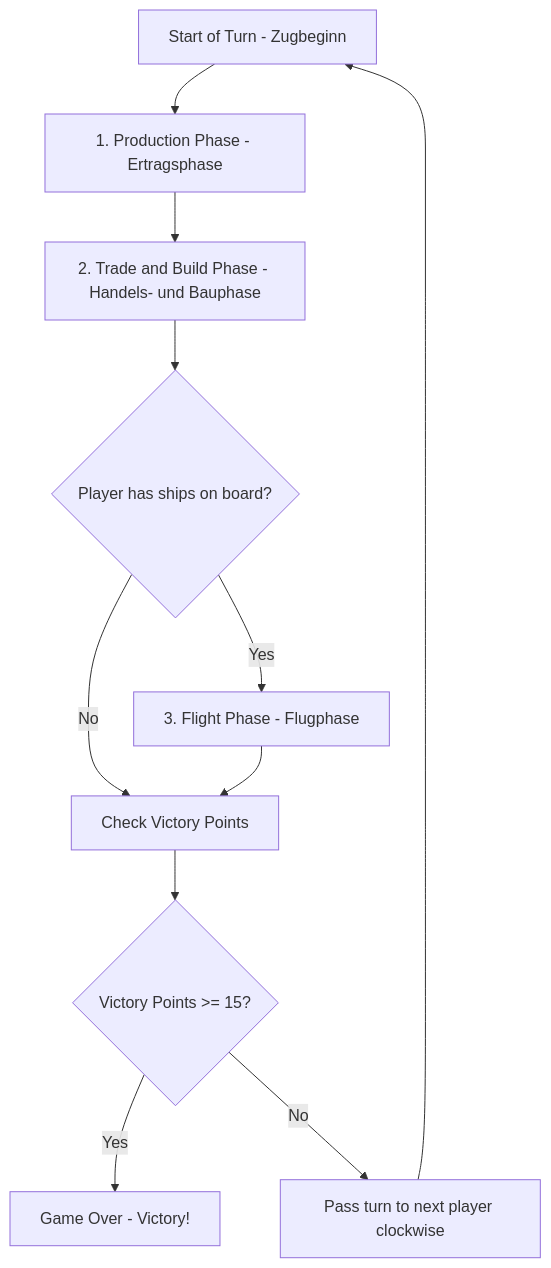
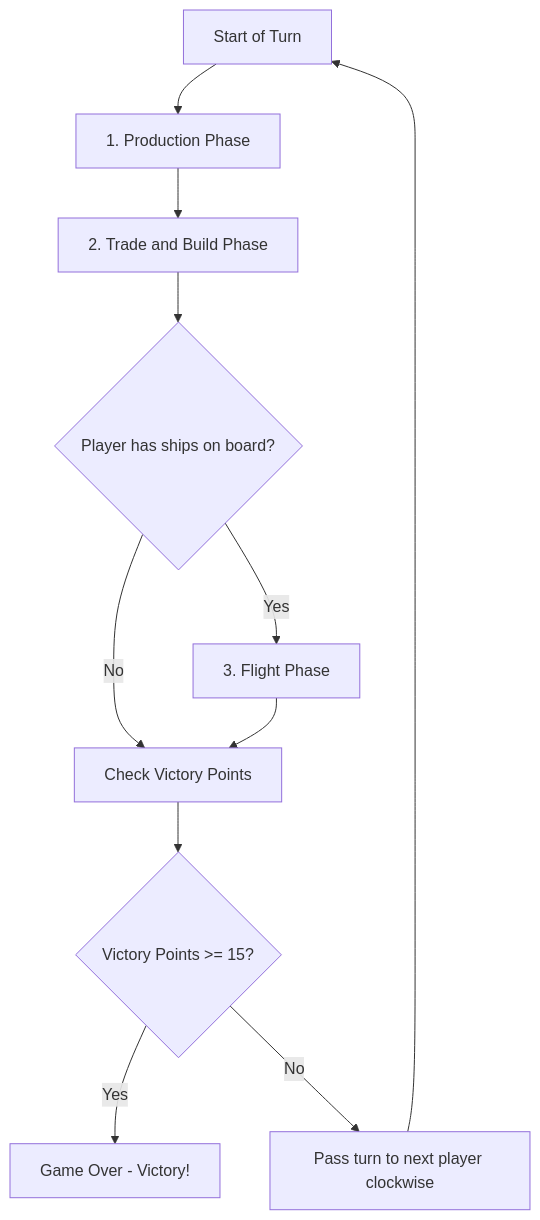
Before and after one commit to Zork80/DeepSpacePioneers: the first of 7 diagrams in README.md, drawn with Mermaid. The commit also changed other lines of this file, not shown here.

````diff
--- a/README.md
+++ b/README.md
@@ -247,13 +247,13 @@
 ```mermaid
 flowchart TD
-    Start["Start of Turn - Zugbeginn"] --> Phase1["1. Production Phase - Ertragsphase"]
-    Phase1 --> Phase2["2. Trade and Build Phase - Handels- und Bauphase"]
+    Start["Start of Turn"] --> Phase1["1. Production Phase"]
+    Phase1 --> Phase2["2. Trade and Build Phase"]
     Phase2 --> HasShips{"Player has ships on board?"}
-    HasShips -->|Yes| Phase3["3. Flight Phase - Flugphase"]
+    HasShips -->|Yes| Phase3["3. Flight Phase"]
     HasShips -->|No| CheckVP["Check Victory Points"]
     Phase3 --> CheckVP
     CheckVP --> Won{"Victory Points >= 15?"}
     Won -->|Yes| GameOver["Game Over - Victory!"]
     Won -->|No| NextPlayer["Pass turn to next player clockwise"]
     NextPlayer --> Start
 ```
````
